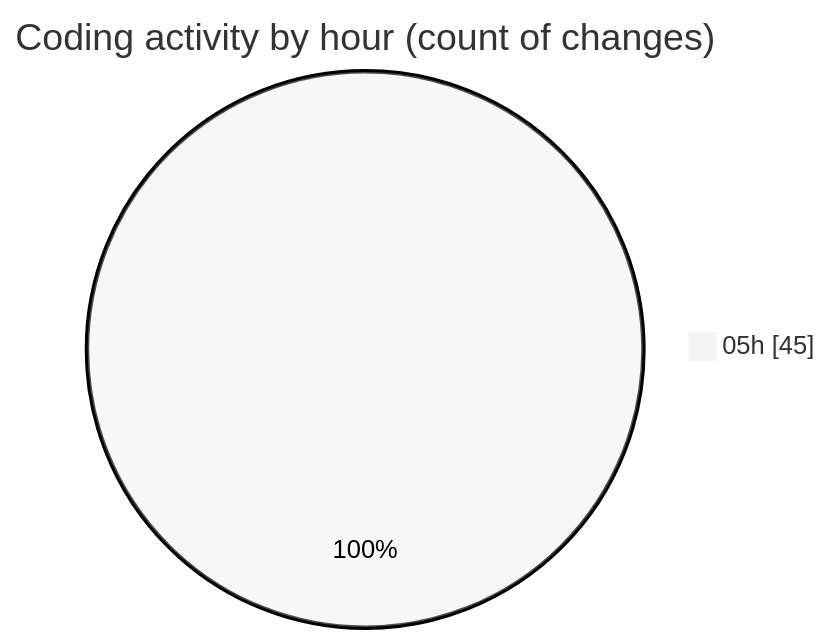
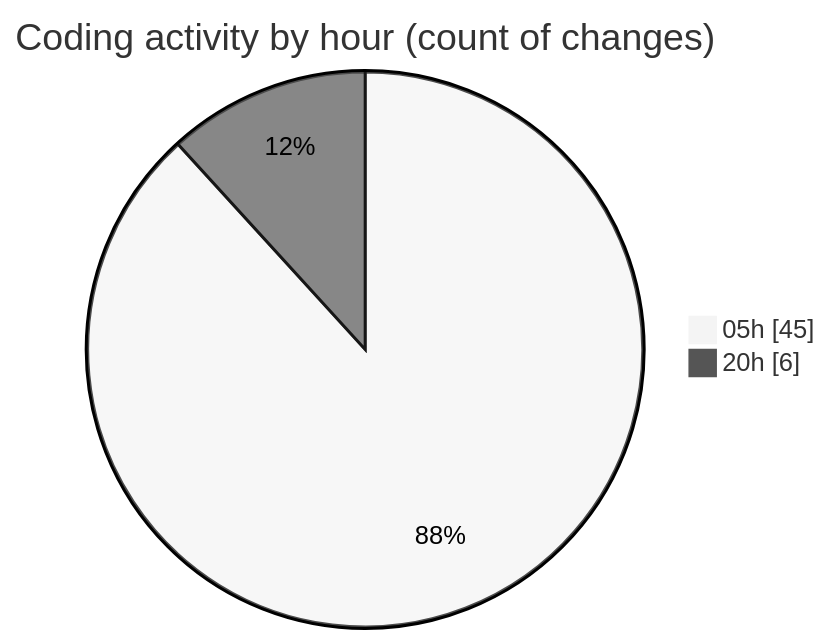
The second of 2 diagrams in 2025-08-05/napxuvn/README.md (lephambinh05/code-tracking), drawn with Mermaid (neutral theme) before and after one commit. The commit also changed other lines of this file and 1 other file, not shown here.

````diff
--- a/2025-08-05/napxuvn/README.md
+++ b/2025-08-05/napxuvn/README.md
@@ -56,5 +59,6 @@
 ```mermaid
 pie showData
 title Coding activity by hour (count of changes)
 "05h" : 45
+"20h" : 6
 ```
````
